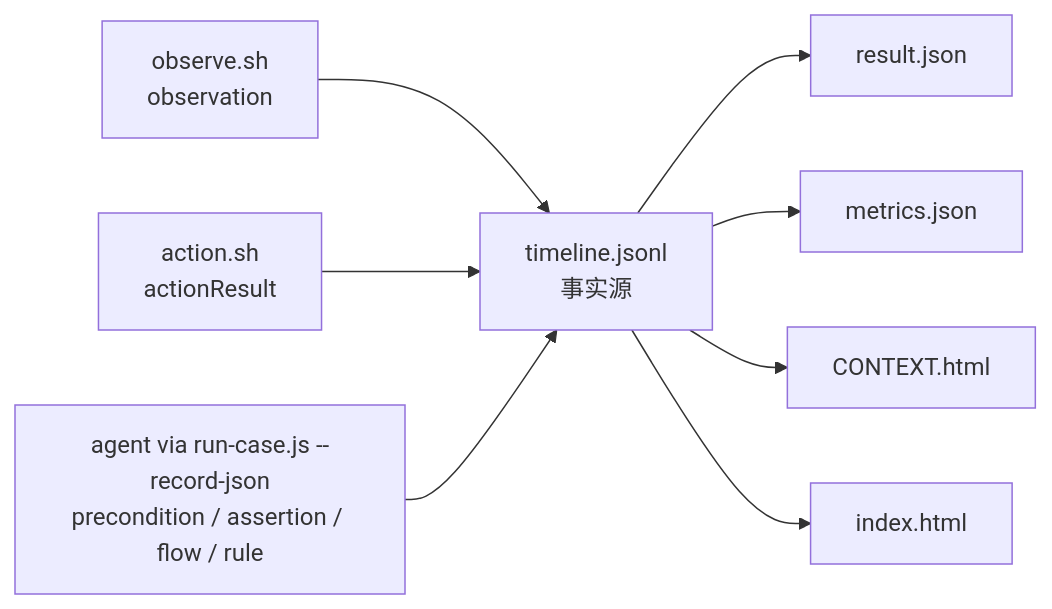
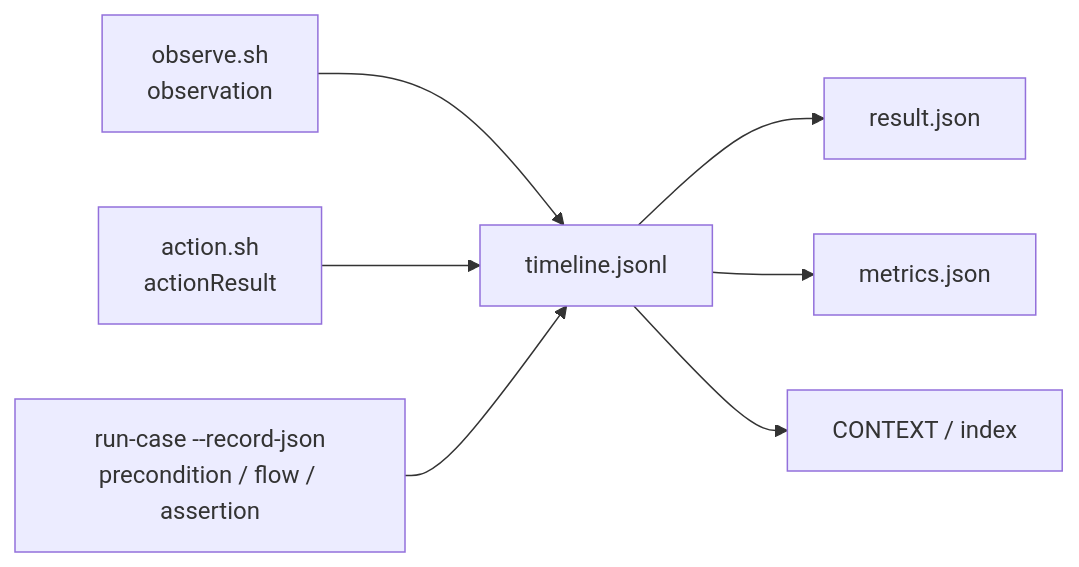
The fifth of 5 diagrams in mobile-ai-visual-test/docs/architecture.md (lianghuihui-plus/DevKit), drawn with Mermaid before and after one commit. The commit also changed other lines of this file and 26 other files, not shown here.

Commit message:
refactor: scope flows to preconditions

````diff
--- a/mobile-ai-visual-test/docs/architecture.md
+++ b/mobile-ai-visual-test/docs/architecture.md
@@ -87,10 +97,9 @@
 ```mermaid
 flowchart LR
-  OBS["observe.sh<br/>observation"] --> TL["timeline.jsonl<br/>事实源"]
+  OBS["observe.sh<br/>observation"] --> TL["timeline.jsonl"]
   ACT["action.sh<br/>actionResult"] --> TL
-  AG["agent via run-case.js --record-json<br/>precondition / assertion / flow / rule"] --> TL
+  AG["run-case --record-json<br/>precondition / flow / assertion"] --> TL
   TL --> RES["result.json"]
   TL --> MET["metrics.json"]
-  TL --> CTX["CONTEXT.html"]
-  TL --> IDX["index.html"]
+  TL --> REP["CONTEXT / index"]
 ```
````
